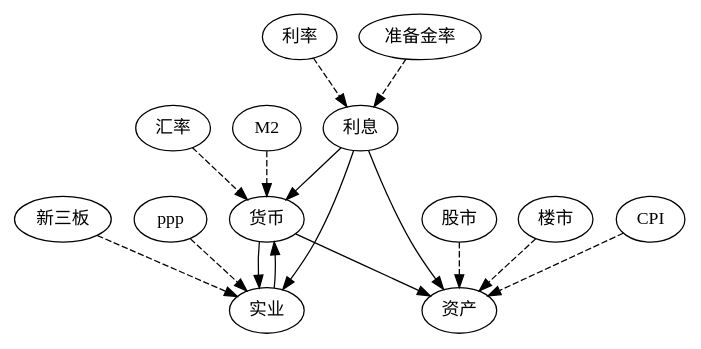
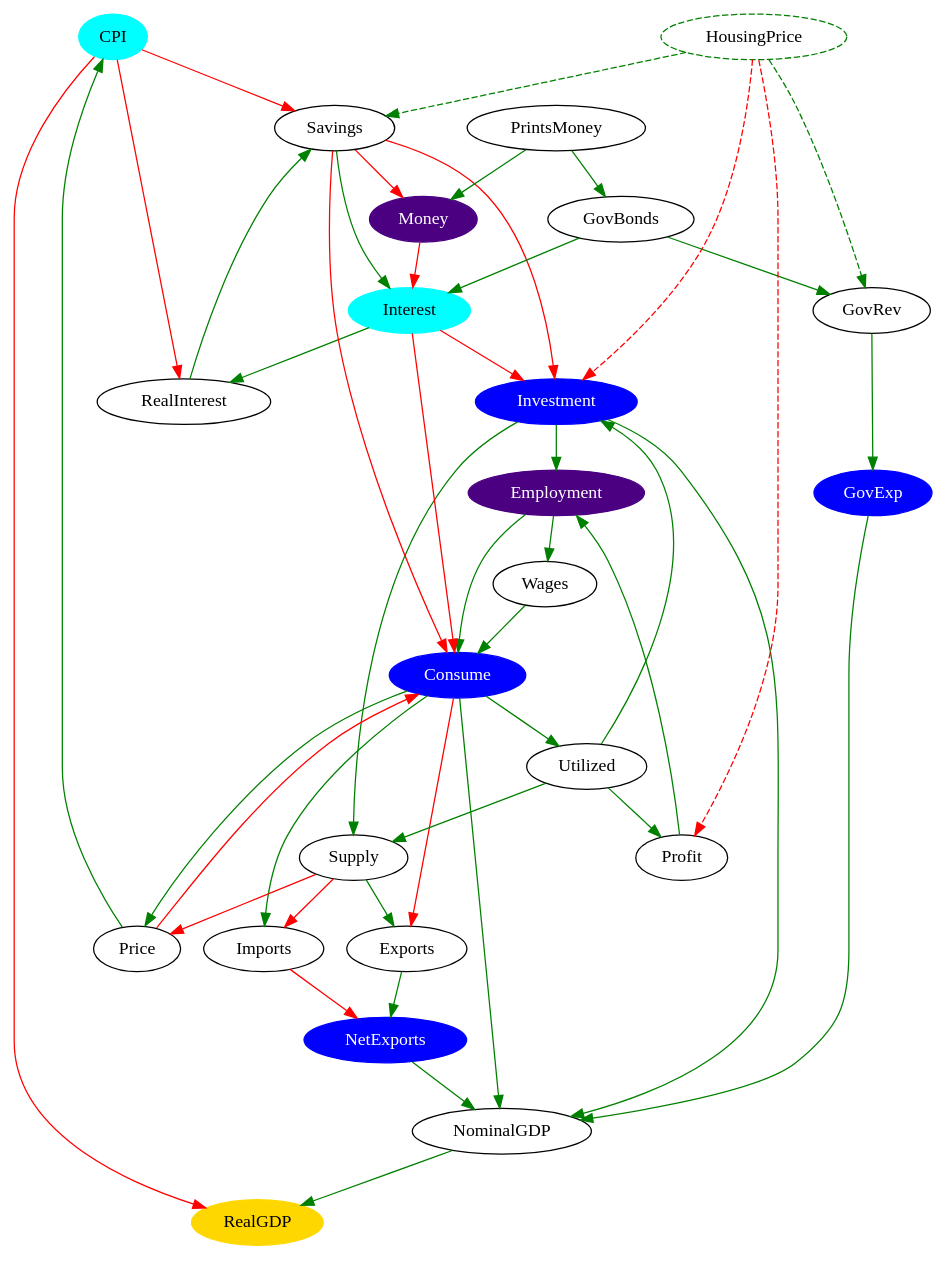
The diagram in ecomap.dot (AdonRain/ecomap), drawn with Graphviz before and after one commit. The commit also changed 1 other file, not shown here.

```diff
--- a/ecomap.dot
+++ b/ecomap.dot
@@ -1,45 +1,77 @@
 digraph ecomap{
-  // 核心圈
-  currency[label="货币"];
-  interest[label="利息"];
-  capital[label="资产"];
-  industry[label="实业"];
+  edge[color="green"];
 
-  currency->capital;
-  interest->capital;
-  currency->industry;
-  interest->industry;
+  RealGDP[style="filled", color="gold"];
 
-  industry->currency;
-  interest->currency;
+  Investment[style="filled", color="blue", fontcolor="white"];
+  Consume[style="filled", color="blue", fontcolor="white"];
+  GovExp[style="filled", color="blue", fontcolor="white"];
+  NetExports[style="filled", color="blue", fontcolor="white"];
 
-  // 利息
-  ir[label="利率"];
-  rrr[label="准备金率"];
+  Employment[style="filled", color="indigo", fontcolor="white"];
+  Money[style="filled", color="indigo", fontcolor="white"];
 
-  ir->interest[style="dashed"];
-  rrr->interest[style="dashed"];
+  CPI[style="filled", color="cyan"];
+  Interest[style="filled", color="cyan"];
 
-  // 实业
-  ntb[label="新三板"];
-  ppp[label="ppp"];
+  Investment->NominalGDP;
+  Consume->NominalGDP;
+  GovExp->NominalGDP;
+  NetExports->NominalGDP;
 
-  ntb->industry[style="dashed"];
-  ppp->industry[style="dashed"];
+  CPI->RealGDP[color="red"];
+  CPI->Savings[color="red"];
+  CPI->RealInterest[color="red"];
 
-  // 资产
-  stock[label="股市"];
-  property[label="楼市"];
-  cpi[label="CPI"];
+  Interest->RealInterest;
+  Interest->Investment[color="red"];
+  Interest->Consume[color="red"];
 
-  stock->capital[style="dashed"];
-  property->capital[style="dashed"];
-  cpi->capital[style="dashed"];
+  Employment->Wages;
+  Employment->Consume;
 
-  // 货币
-  er[label="汇率"];
-  m2[label="M2"];
+  Investment->Employment;
+  Investment->Supply;
 
-  er->currency[style="dashed"];
-  m2->currency[style="dashed"];
+  Consume->Utilized;
+  Consume->Price;
+  Consume->Imports;
+  Consume->Exports[color="red"];
+
+  Utilized->Investment;
+  Utilized->Profit;
+  Utilized->Supply;
+
+  Price->CPI;
+  Price->Consume[color="red"];
+
+  Supply->Exports;
+  Supply->Imports[color="red"];
+  Supply->Price[color="red"];
+
+  Savings->Interest;
+  Savings->Money[color="red"];
+  Savings->Investment[color="red"];
+  Savings->Consume[color="red"];
+
+  PrintsMoney->Money;
+  PrintsMoney->GovBonds;
+
+  GovBonds->GovRev;
+  GovBonds->Interest;
+
+  GovRev->GovExp;
+  Wages->Consume;
+  Profit->Employment;
+  NominalGDP->RealGDP;
+  Exports->NetExports;
+  RealInterest->Savings;
+  Imports->NetExports[color="red"];
+  Money->Interest[color="red"];
+
+  HousingPrice[style="dashed", color="green"];
+  HousingPrice->Investment[style="dashed", color="red"];
+  HousingPrice->Profit[style="dashed", color="red"];
+  HousingPrice->Savings[style="dashed"];
+  HousingPrice->GovRev[style="dashed"];
 }
```
